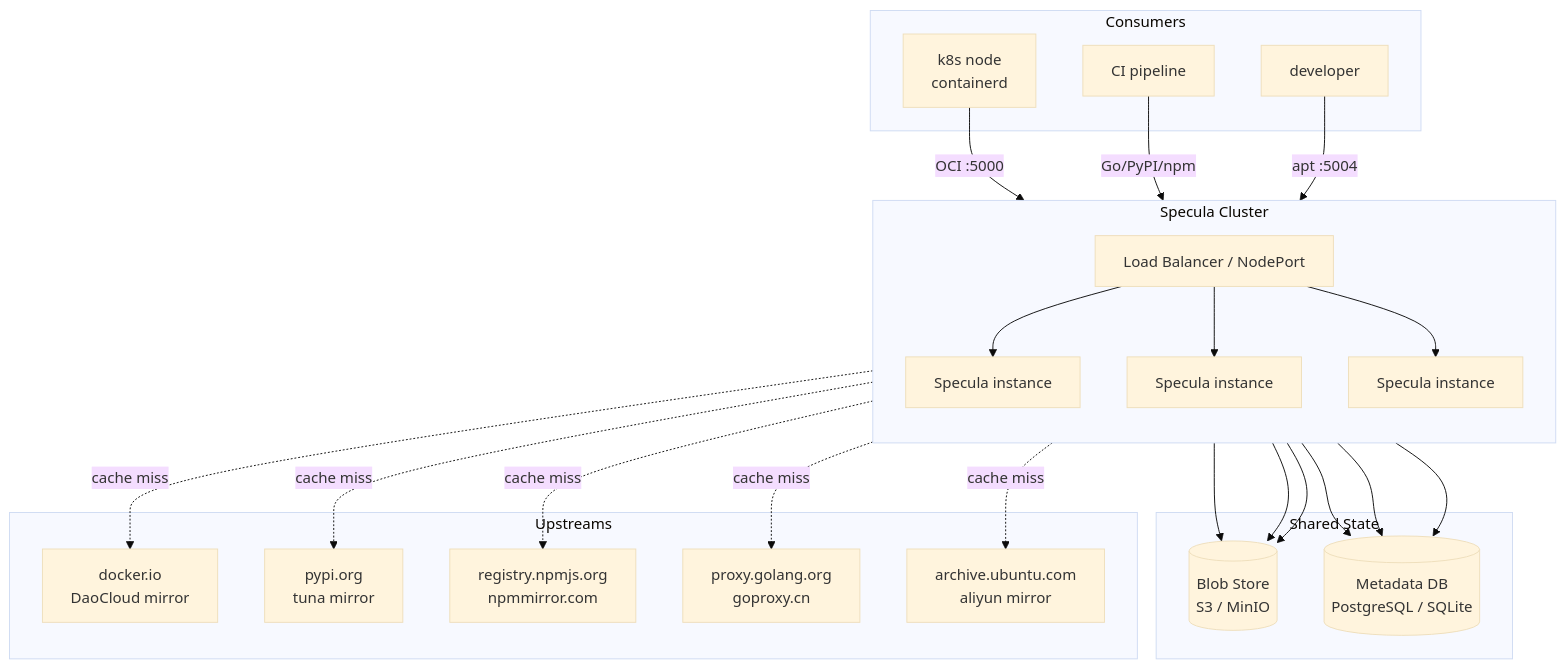
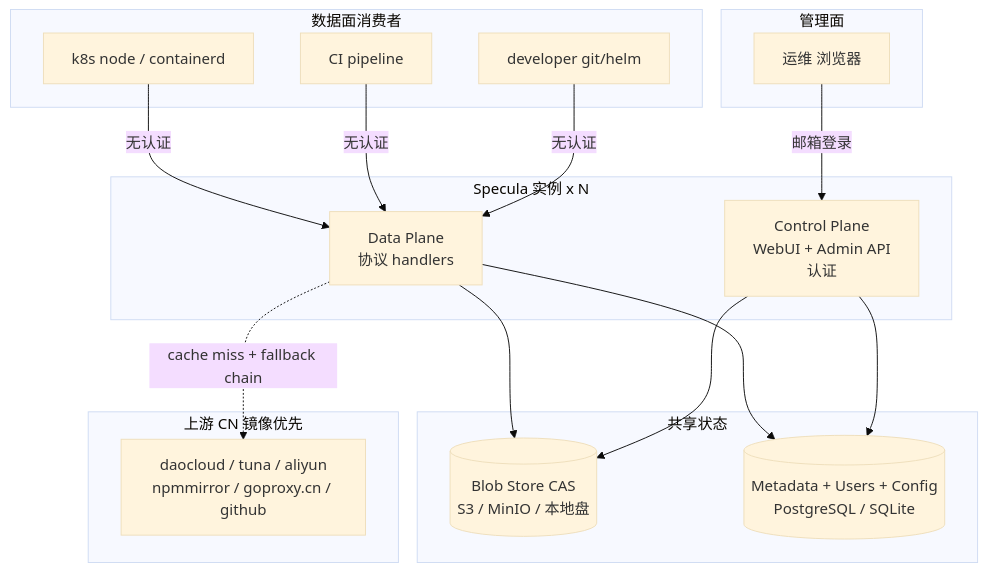
Before and after one commit to ivanzzeth/specula: the first of 10 diagrams in docs/ARCHITECTURE.md, drawn with Mermaid (base theme). The commit also changed other lines of this file and 2 other files, not shown here.

First line of the commit message:
docs: harden Specula design to v0.2 (honest tiered trust model, 8 protocols, two-plane)

````diff
--- a/docs/ARCHITECTURE.md
+++ b/docs/ARCHITECTURE.md
@@ -13,40 +18,30 @@
 ```mermaid
 graph TB
-    subgraph Consumers
-        node1[k8s node<br/>containerd]
+    subgraph Consumers[数据面消费者]
+        node[k8s node / containerd]
         ci[CI pipeline]
-        dev[developer]
+        dev[developer git/helm]
+    end
+    subgraph Operators[管理面]
+        admin[运维 浏览器]
     end
 
-    subgraph Specula Cluster
-        direction TB
-        s1[Specula instance]
-        s2[Specula instance]
-        s3[Specula instance]
-        lb[Load Balancer / NodePort]
+    subgraph Specula[Specula 实例 x N]
+        dp[Data Plane<br/>协议 handlers]
+        cp[Control Plane<br/>WebUI + Admin API<br/>认证]
     end
 
-    subgraph Shared State
-        blob[(Blob Store<br/>S3 / MinIO)]
-        db[(Metadata DB<br/>PostgreSQL / SQLite)]
+    subgraph State[共享状态]
+        blob[(Blob Store CAS<br/>S3 / MinIO / 本地盘)]
+        db[(Metadata + Users + Config<br/>PostgreSQL / SQLite)]
     end
 
-    subgraph Upstreams
-        docker[docker.io<br/>DaoCloud mirror]
-        pypi[pypi.org<br/>tuna mirror]
-        npm[registry.npmjs.org<br/>npmmirror.com]
-        goproxy[proxy.golang.org<br/>goproxy.cn]
-        apt[archive.ubuntu.com<br/>aliyun mirror]
+    subgraph Up[上游 CN 镜像优先]
+        mirrors[daocloud / tuna / aliyun<br/>npmmirror / goproxy.cn / github]
     end
 
-    node1 -->|OCI :5000| lb
-    ci -->|Go/PyPI/npm| lb
-    dev -->|apt :5004| lb
-
-    lb --> s1 & s2 & s3
-
-    s1 & s2 & s3 --> blob
-    s1 & s2 & s3 --> db
-
-    s1 -.->|cache miss| docker & pypi & npm & goproxy & apt
+    node & ci & dev -->|无认证| dp
+    admin -->|邮箱登录| cp
+    dp & cp --> blob & db
+    dp -.->|cache miss + fallback chain| mirrors
 ```
````
